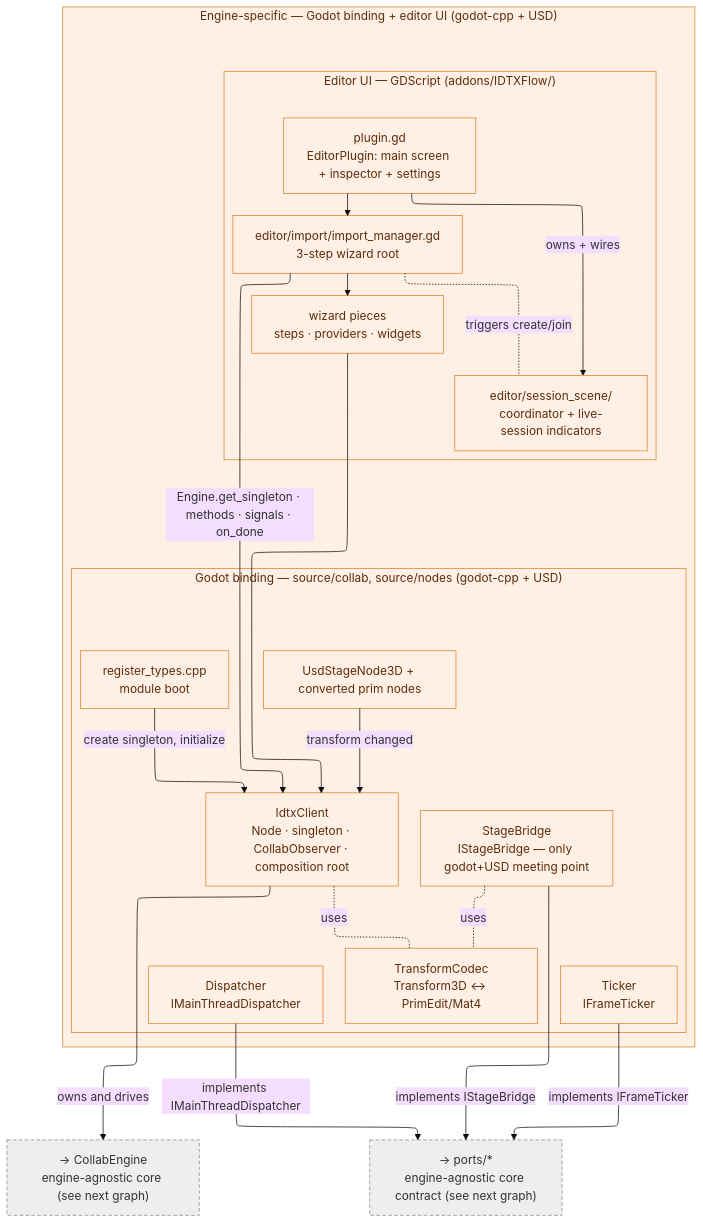
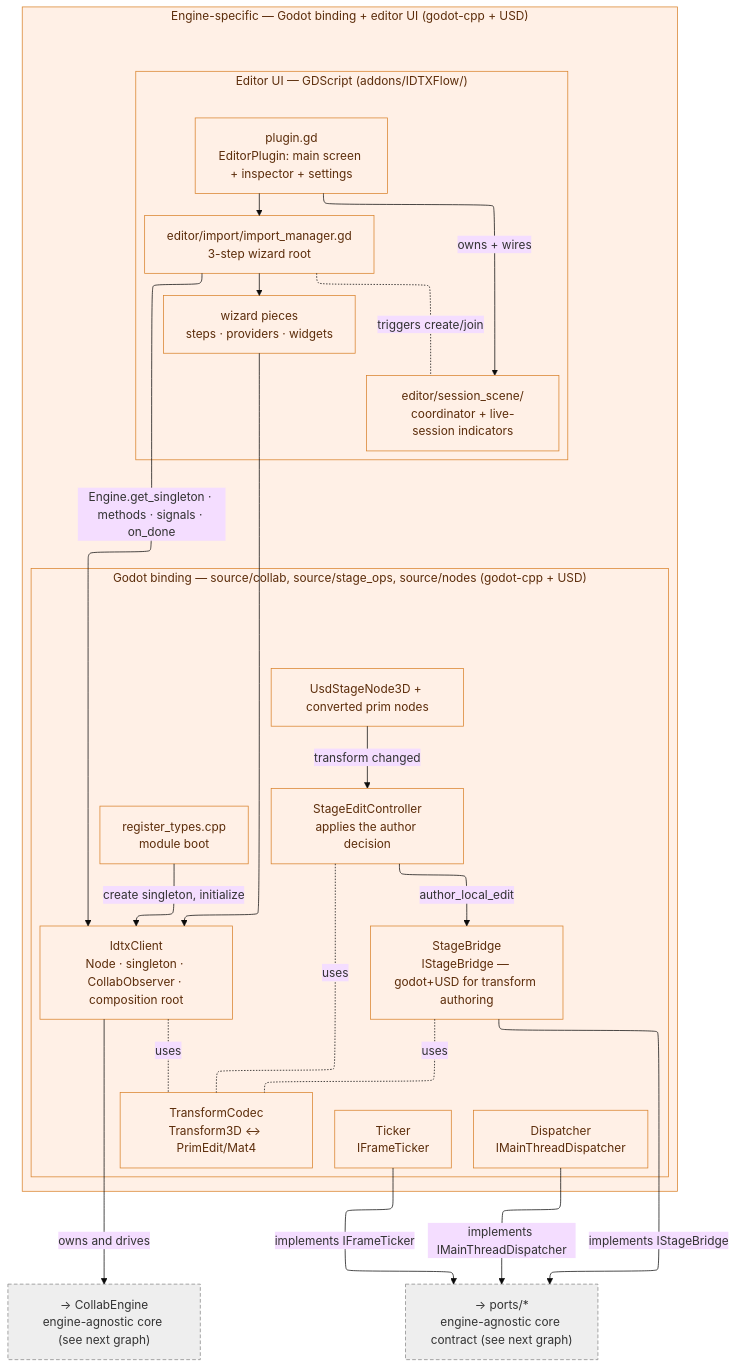
One commit to Immersive-Data-Center-Management/idtx-flow changed the second of 3 diagrams in docs/collab-client/overview.md. Above: the diagram before and after it, drawn with Mermaid (base theme). The commit also changed other lines of this file and 8 other files, not shown here.

````diff
--- a/docs/collab-client/overview.md
+++ b/docs/collab-client/overview.md
@@ -76,50 +79,53 @@
 ```mermaid
 ---
 config:
   layout: elk
 ---
 graph TB
     subgraph ENGINESPECIFIC["Engine-specific — Godot binding + editor UI (godot-cpp + USD)"]
         subgraph UI["Editor UI — GDScript (addons/IDTXFlow/)"]
             PLUGIN["plugin.gd<br/>EditorPlugin: main screen + inspector + settings"]
             WIZ["editor/import/import_manager.gd<br/>3-step wizard root"]
             WIZUI["wizard pieces<br/>steps · providers · widgets"]
             SESS["editor/session_scene/<br/>coordinator + live-session indicators"]
         end
 
-        subgraph BIND["Godot binding — source/collab, source/nodes (godot-cpp + USD)"]
+        subgraph BIND["Godot binding — source/collab, source/stage_ops, source/nodes (godot-cpp + USD)"]
             CLIENT["IdtxClient<br/>Node · singleton · CollabObserver · composition root"]
-            BRIDGE["StageBridge<br/>IStageBridge — only godot+USD meeting point"]
+            CTL["StageEditController<br/>applies the author decision"]
+            BRIDGE["StageBridge<br/>IStageBridge — godot+USD for transform authoring"]
             CODEC2["TransformCodec<br/>Transform3D &lt;-&gt; PrimEdit/Mat4"]
             DISP["Dispatcher<br/>IMainThreadDispatcher"]
             TICK["Ticker<br/>IFrameTicker"]
             NODES["UsdStageNode3D + converted prim nodes"]
             REG["register_types.cpp<br/>module boot"]
         end
     end
 
     ENGINEREF["→ CollabEngine<br/>engine-agnostic core (see next graph)"]
     PORTSREF["→ ports/*<br/>engine-agnostic core contract (see next graph)"]
 
     PLUGIN --> WIZ
     WIZ --> WIZUI
     PLUGIN -->|owns + wires| SESS
     WIZ -.triggers create/join.- SESS
 
     WIZ -->|Engine.get_singleton · methods · signals · on_done| CLIENT
     WIZUI --> CLIENT
     REG -->|create singleton, initialize| CLIENT
-    NODES -->|transform changed| CLIENT
+    NODES -->|transform changed| CTL
+    CTL -->|author_local_edit| BRIDGE
+    CTL -.uses.- CODEC2
     BRIDGE -.uses.- CODEC2
     CLIENT -.uses.- CODEC2
 
     CLIENT -->|owns and drives| ENGINEREF
     BRIDGE -->|implements IStageBridge| PORTSREF
     DISP -->|implements IMainThreadDispatcher| PORTSREF
     TICK -->|implements IFrameTicker| PORTSREF
 
     classDef engine fill:#fff0e6,stroke:#d9822b,color:#5c2d0b;
     classDef ref fill:#eeeeee,stroke:#888888,color:#333333,stroke-dasharray: 5 3;
-    class ENGINESPECIFIC,UI,PLUGIN,WIZ,WIZUI,SESS,BIND,CLIENT,BRIDGE,CODEC2,DISP,TICK,NODES,REG engine;
+    class ENGINESPECIFIC,UI,PLUGIN,WIZ,WIZUI,SESS,BIND,CLIENT,CTL,BRIDGE,CODEC2,DISP,TICK,NODES,REG engine;
     class ENGINEREF,PORTSREF ref;
 ```
````
